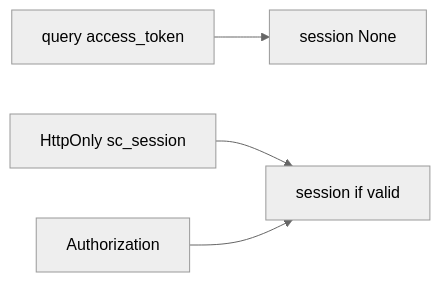
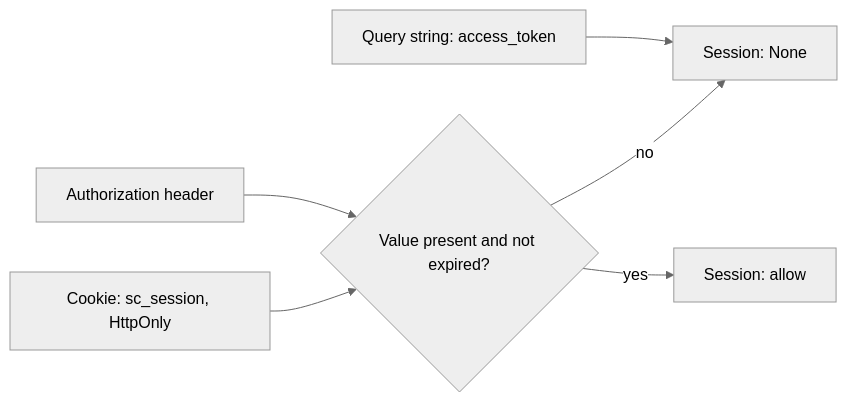
The second of 2 diagrams in content/modules/4/4.3/lessons/01-property.md (ishitvagoel/LearnSecurity), drawn with Mermaid (neutral theme) before and after one commit. The commit also changed other lines of this file and 20 other files, not shown here.

````diff
--- a/content/modules/4/4.3/lessons/01-property.md
+++ b/content/modules/4/4.3/lessons/01-property.md
@@ -32,6 +31,8 @@
 ```mermaid
 flowchart LR
-  Query["query access_token"] --> Deny[session None]
-  Cookie["HttpOnly sc_session"] --> Allow[session if valid]
-  Header["Authorization"] --> Allow
+  Query["Query string: access_token"] --> Deny["Session: None"]
+  Cookie["Cookie: sc_session, HttpOnly"] --> Check{"Value present and not expired?"}
+  Header["Authorization header"] --> Check
+  Check -->|yes| Allow["Session: allow"]
+  Check -->|no| Deny
 ```
````
